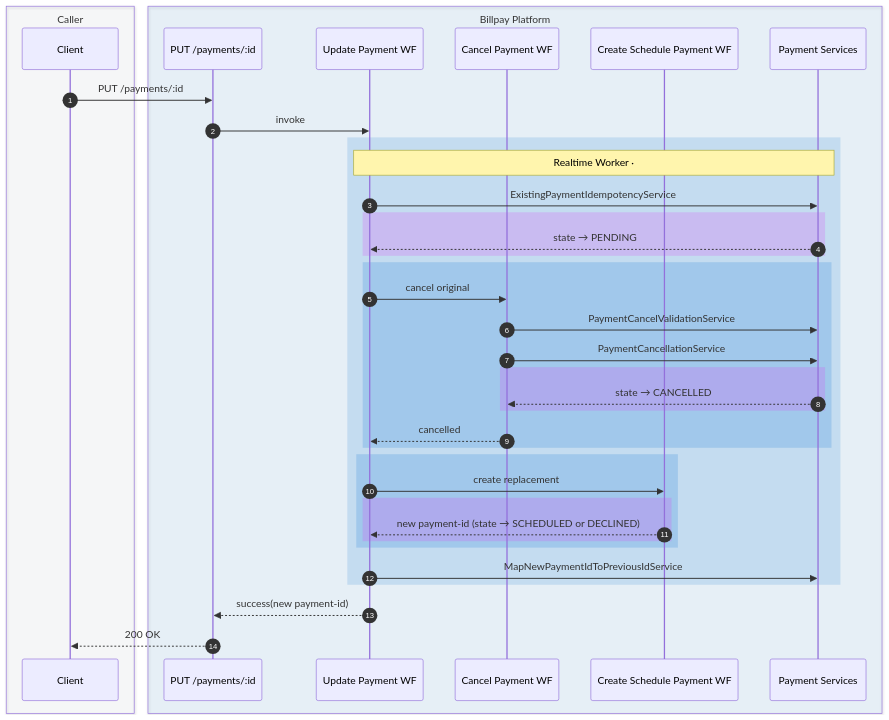
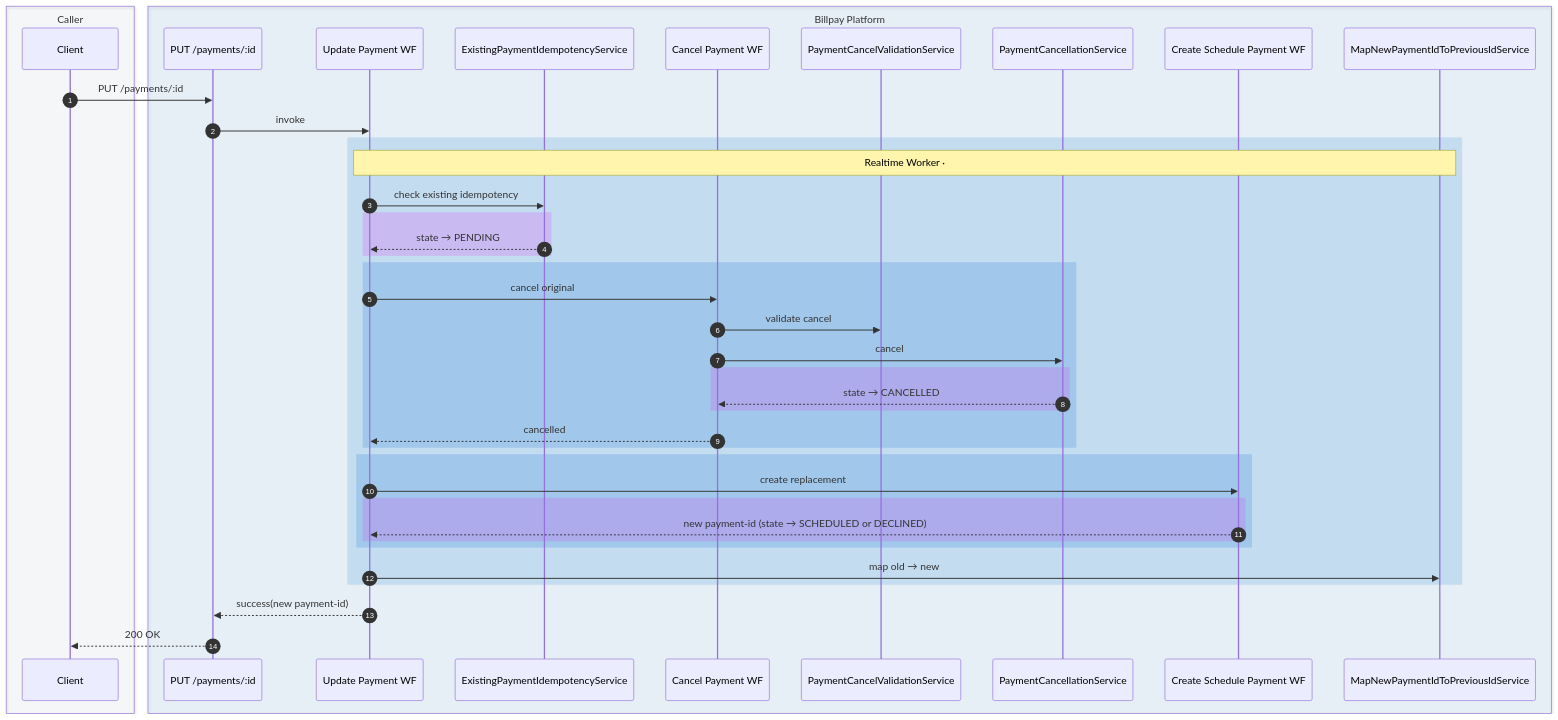
One commit to arunav-bhattacharya/billpay-docs changed the fourth of 10 diagrams in docs/diagrams/sequence-diagrams.md. Above: the diagram before and after it, drawn with Mermaid. The commit also changed other lines of this file and 2 other files, not shown here.

First line of the commit message:
Use specific Payment Service names as sequence-diagram actors

````diff
--- a/docs/diagrams/sequence-diagrams.md
+++ b/docs/diagrams/sequence-diagrams.md
@@ -244,49 +245,52 @@
 ```mermaid
 sequenceDiagram
   autonumber
 
   box rgba(148,163,184,0.06) Caller
     participant C as Client
   end
 
   box rgba(0,111,207,0.08) Billpay Platform
     participant API as PUT /payments/:id
     participant U as Update Payment WF
+    participant EPI as ExistingPaymentIdempotencyService
     participant CAN as Cancel Payment WF
+    participant PCV as PaymentCancelValidationService
+    participant PCN as PaymentCancellationService
     participant CSP as Create Schedule Payment WF
-    participant SVC as Payment Services
+    participant MAP as MapNewPaymentIdToPreviousIdService
   end
 
   C->>API: PUT /payments/:id
   API->>U: invoke
 
   rect rgba(0,111,207,0.15)
-    Note over U,SVC: Realtime Worker · #UpdatePaymentWF — cancels the original, creates a replacement, maps old → new
-    U->>SVC: ExistingPaymentIdempotencyService
+    Note over U,MAP: Realtime Worker · #UpdatePaymentWF — cancels the original, creates a replacement, maps old → new
+    U->>EPI: check existing idempotency
     rect rgba(217,70,239,0.22)
-      SVC-->>U: state → PENDING
+      EPI-->>U: state → PENDING
     end
 
     rect rgba(0,111,207,0.18)
       U->>CAN: cancel original
-      CAN->>SVC: PaymentCancelValidationService
-      CAN->>SVC: PaymentCancellationService
+      CAN->>PCV: validate cancel
+      CAN->>PCN: cancel
       rect rgba(217,70,239,0.22)
-        SVC-->>CAN: state → CANCELLED
+        PCN-->>CAN: state → CANCELLED
       end
       CAN-->>U: cancelled
     end
 
     rect rgba(0,111,207,0.18)
       U->>CSP: create replacement
       rect rgba(217,70,239,0.22)
         CSP-->>U: new payment-id (state → SCHEDULED or DECLINED)
       end
     end
 
-    U->>SVC: MapNewPaymentIdToPreviousIdService
+    U->>MAP: map old → new
   end
 
   U-->>API: success(new payment-id)
   API-->>C: 200 OK
 ```
````
